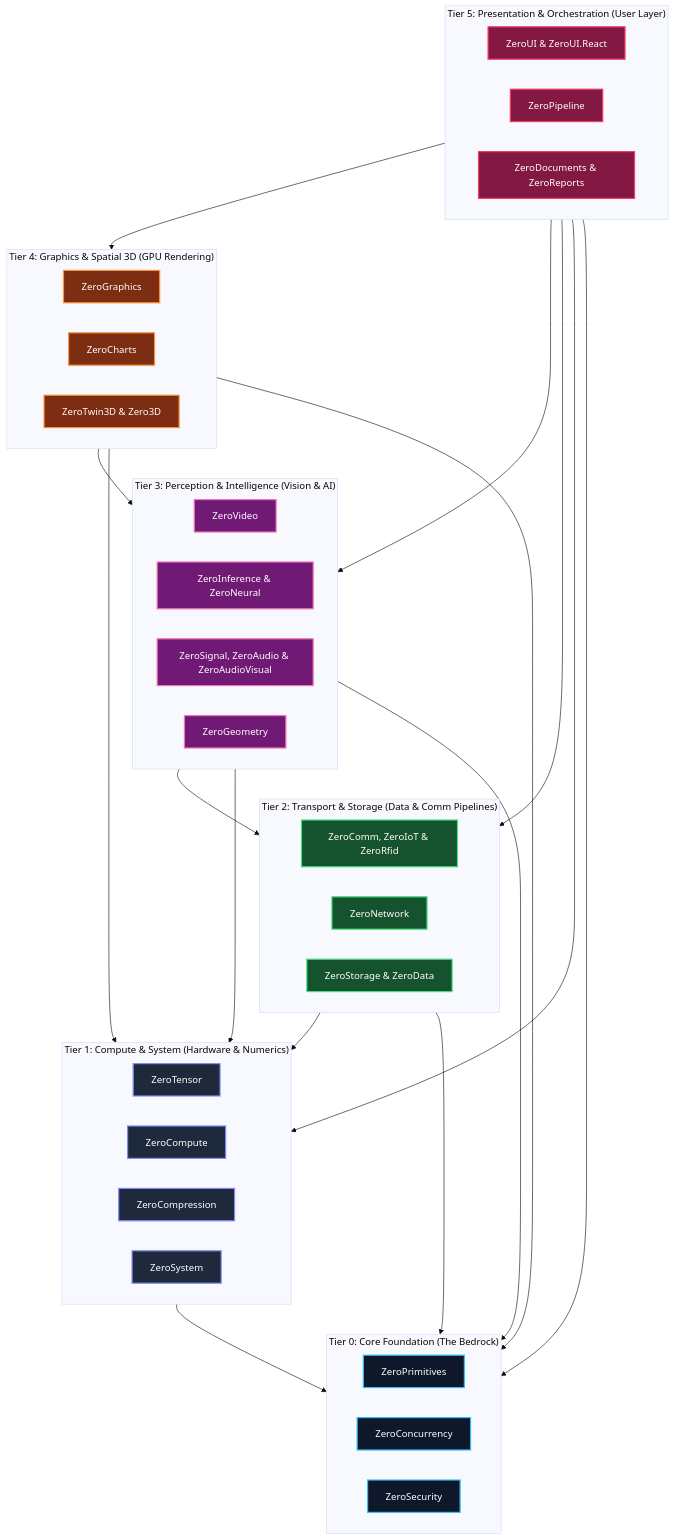
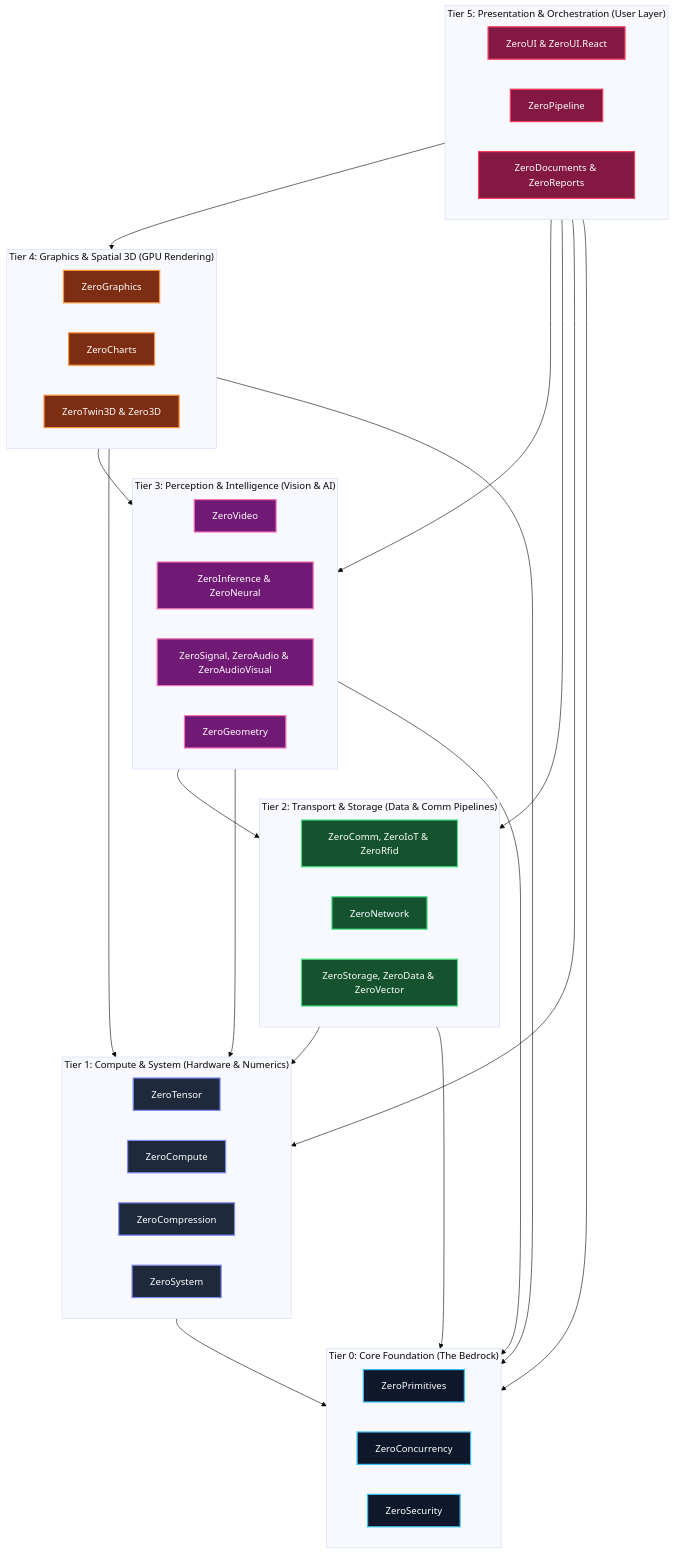
One commit to kzxl/ZeroPlatform changed the diagram in docs/architect/platform-architecture.md. Above: the diagram before and after it, drawn with Mermaid (base theme). The commit also changed other lines of this file and 5 other files, not shown here.

Commit message:
feat(orchestrator): integrate ZeroVector Tier 2 subsystem into ecosystem, DAG taxonomy, and solution

````diff
--- a/docs/architect/platform-architecture.md
+++ b/docs/architect/platform-architecture.md
@@ -13,53 +13,53 @@
 ```mermaid
 graph TD
     classDef l0 fill:#0f172a,stroke:#38bdf8,stroke-width:2px,color:#fff;
     classDef l1 fill:#1e293b,stroke:#818cf8,stroke-width:2px,color:#fff;
     classDef l2 fill:#14532d,stroke:#4ade80,stroke-width:2px,color:#fff;
     classDef l3 fill:#701a75,stroke:#f472b6,stroke-width:2px,color:#fff;
     classDef l4 fill:#7c2d12,stroke:#fb923c,stroke-width:2px,color:#fff;
     classDef l5 fill:#831843,stroke:#f43f5e,stroke-width:2px,color:#fff;
 
     subgraph L5 ["Tier 5: Presentation & Orchestration (User Layer)"]
         UI["ZeroUI & ZeroUI.React"]:::l5
         Pipe["ZeroPipeline"]:::l5
         Docs["ZeroDocuments & ZeroReports"]:::l5
     end
 
     subgraph L4 ["Tier 4: Graphics & Spatial 3D (GPU Rendering)"]
         Gfx["ZeroGraphics"]:::l4
         Charts["ZeroCharts"]:::l4
         Twin["ZeroTwin3D & Zero3D"]:::l4
     end
 
     subgraph L3 ["Tier 3: Perception & Intelligence (Vision & AI)"]
         Video["ZeroVideo"]:::l3
         Infer["ZeroInference & ZeroNeural"]:::l3
         Sig["ZeroSignal, ZeroAudio & ZeroAudioVisual"]:::l3
         Geom["ZeroGeometry"]:::l3
     end
 
     subgraph L2 ["Tier 2: Transport & Storage (Data & Comm Pipelines)"]
         Comm["ZeroComm, ZeroIoT & ZeroRfid"]:::l2
         Net["ZeroNetwork"]:::l2
-        Store["ZeroStorage & ZeroData"]:::l2
+        Store["ZeroStorage, ZeroData & ZeroVector"]:::l2
     end
 
     subgraph L1 ["Tier 1: Compute & System (Hardware & Numerics)"]
         Tensor["ZeroTensor"]:::l1
         Comp["ZeroCompute"]:::l1
         Compres["ZeroCompression"]:::l1
         Sys["ZeroSystem"]:::l1
     end
 
     subgraph L0 ["Tier 0: Core Foundation (The Bedrock)"]
         Prim["ZeroPrimitives"]:::l0
         Conc["ZeroConcurrency"]:::l0
         Sec["ZeroSecurity"]:::l0
     end
 
     L5 --> L4 & L3 & L2 & L1 & L0
     L4 --> L3 & L1 & L0
     L3 --> L2 & L1 & L0
     L2 --> L1 & L0
     L1 --> L0
 ```
````
